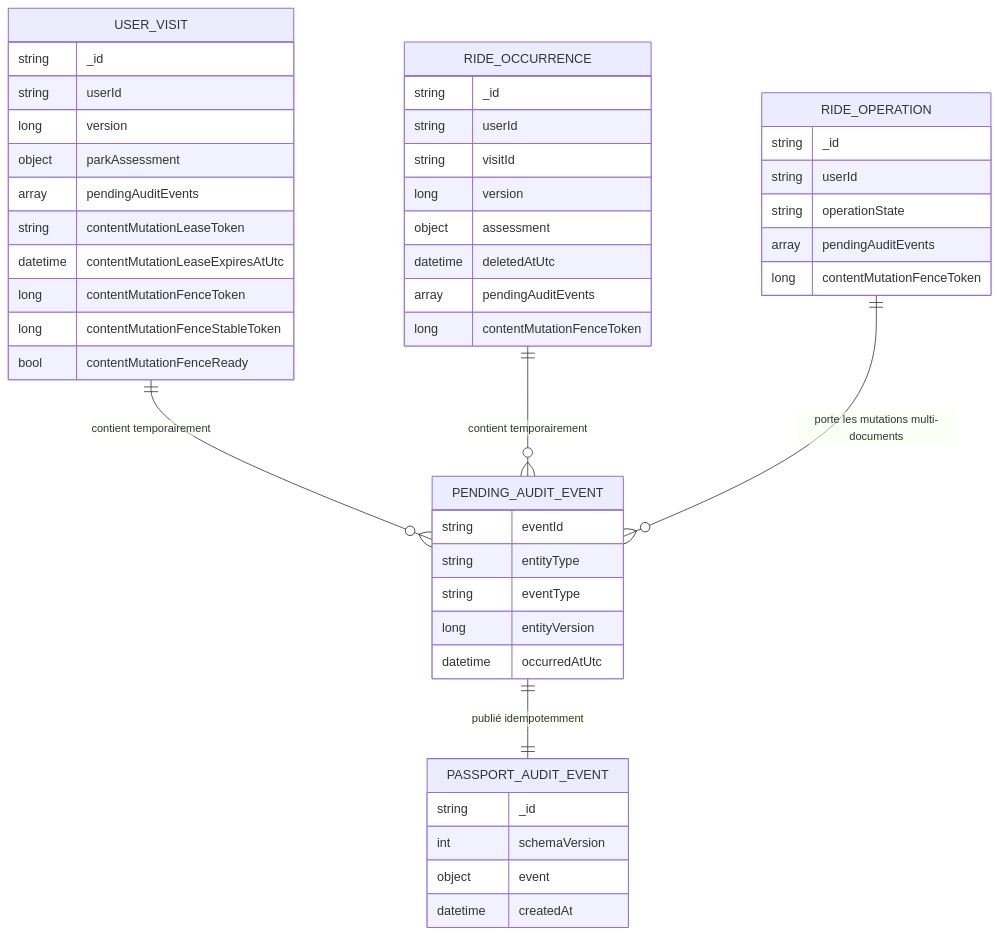
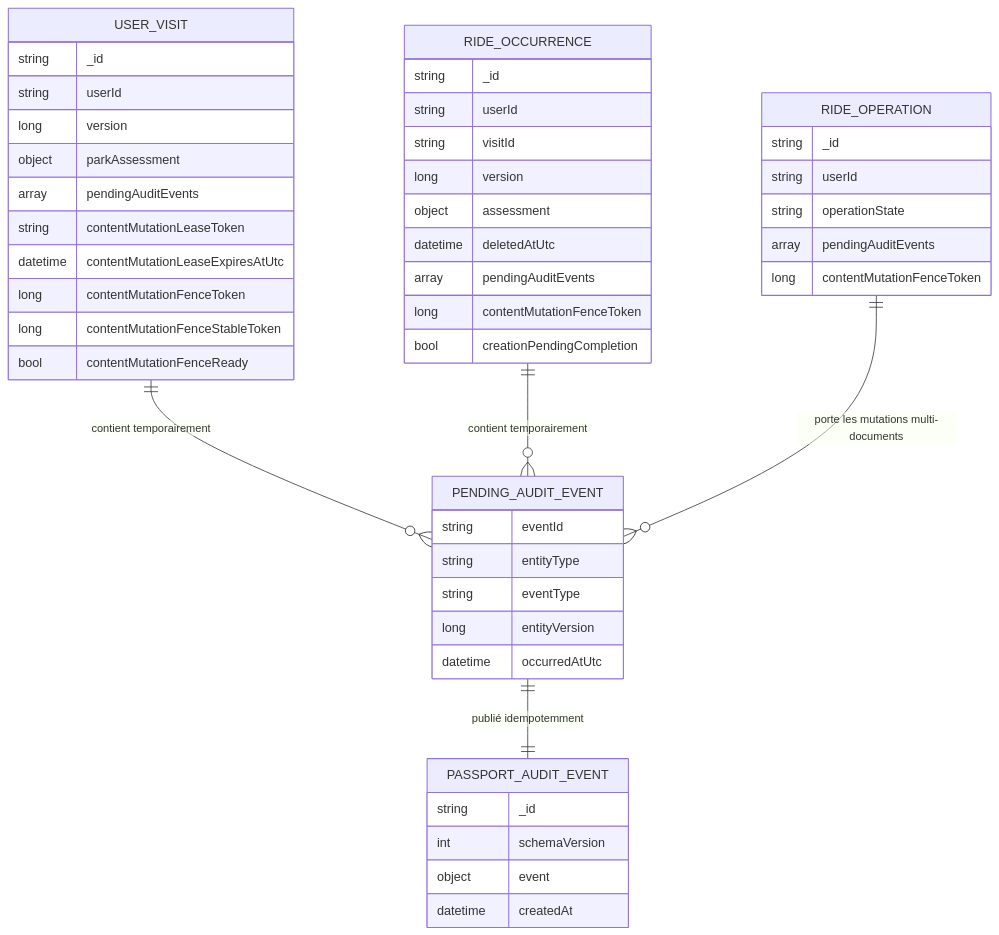
One commit to Ced59/AmusementParkProject changed the second of 5 diagrams in docs/architecture/product-growth-pass-11-passport-audit-2026-09-03.md. Above: the diagram before and after it, drawn with Mermaid. The commit also changed other lines of this file and 12 other files, not shown here.

````diff
--- a/docs/architecture/product-growth-pass-11-passport-audit-2026-09-03.md
+++ b/docs/architecture/product-growth-pass-11-passport-audit-2026-09-03.md
@@ -62,50 +62,51 @@
 ```mermaid
 erDiagram
     USER_VISIT ||--o{ PENDING_AUDIT_EVENT : "contient temporairement"
     RIDE_OCCURRENCE ||--o{ PENDING_AUDIT_EVENT : "contient temporairement"
     RIDE_OPERATION ||--o{ PENDING_AUDIT_EVENT : "porte les mutations multi-documents"
     PENDING_AUDIT_EVENT ||--|| PASSPORT_AUDIT_EVENT : "publié idempotemment"
 
     USER_VISIT {
       string _id
       string userId
       long version
       object parkAssessment
       array pendingAuditEvents
       string contentMutationLeaseToken
       datetime contentMutationLeaseExpiresAtUtc
       long contentMutationFenceToken
       long contentMutationFenceStableToken
       bool contentMutationFenceReady
     }
     RIDE_OCCURRENCE {
       string _id
       string userId
       string visitId
       long version
       object assessment
       datetime deletedAtUtc
       array pendingAuditEvents
       long contentMutationFenceToken
+      bool creationPendingCompletion
     }
     RIDE_OPERATION {
       string _id
       string userId
       string operationState
       array pendingAuditEvents
       long contentMutationFenceToken
     }
     PENDING_AUDIT_EVENT {
       string eventId
       string entityType
       string eventType
       long entityVersion
       datetime occurredAtUtc
     }
     PASSPORT_AUDIT_EVENT {
       string _id
       int schemaVersion
       object event
       datetime createdAt
     }
 ```
````
